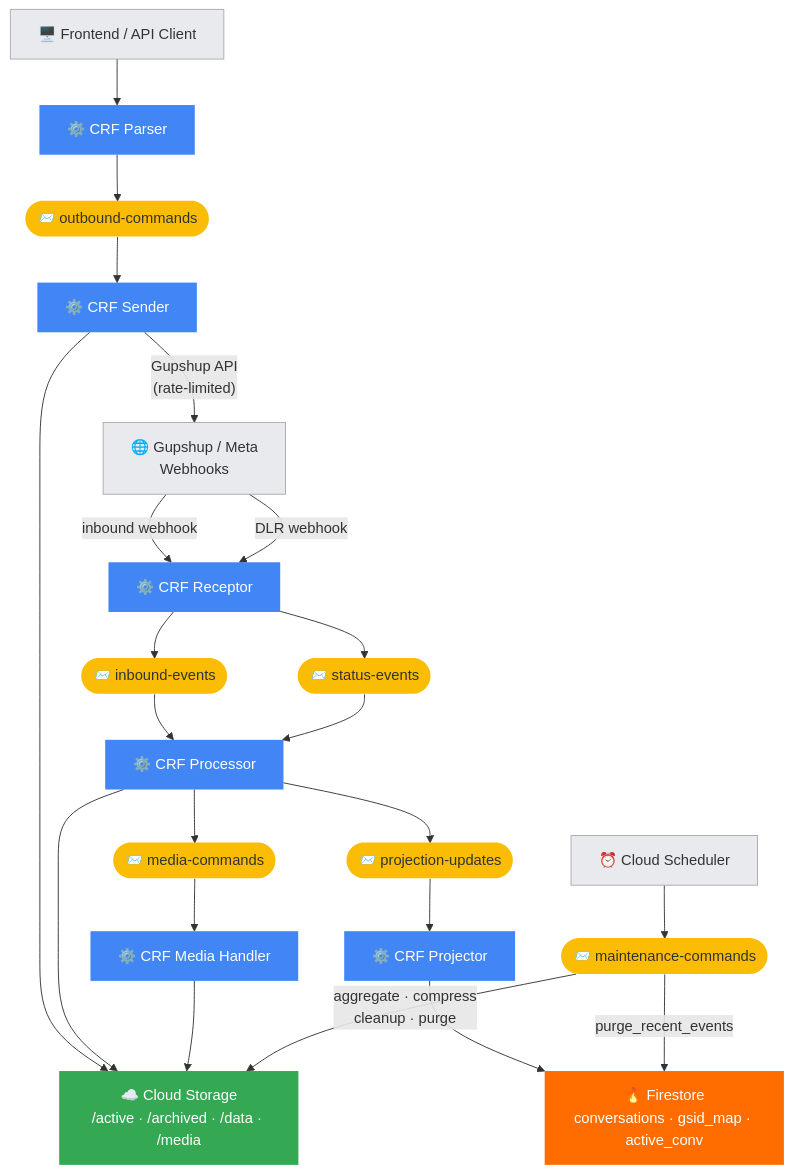
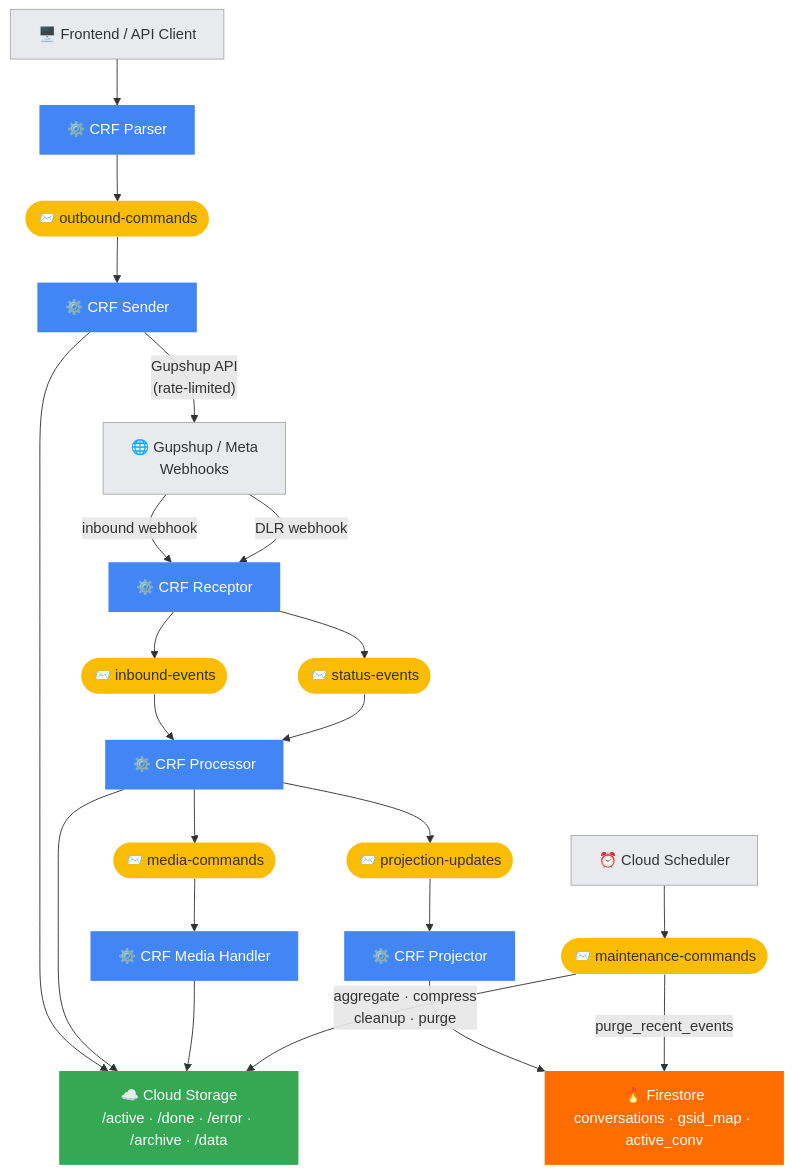
One commit to marioguaqueta/vitesse-message-pub-sub-service changed the seventh of 10 diagrams in vitesse_terraform_design.md. Above: the diagram before and after it, drawn with Mermaid. The commit also changed other lines of this file, not shown here.

````diff
--- a/vitesse_terraform_design.md
+++ b/vitesse_terraform_design.md
@@ -722,47 +759,47 @@
 ```mermaid
 flowchart TD
     classDef ext      fill:#E8EAED,color:#333,stroke:#aaa
     classDef crf      fill:#4285F4,color:#fff,stroke:none
     classDef topic    fill:#FBBC04,color:#333,stroke:none
     classDef store    fill:#34A853,color:#fff,stroke:none
     classDef firestore fill:#FF6D00,color:#fff,stroke:none
 
     FE["🖥️ Frontend / API Client"]:::ext
     GUPSHUP["🌐 Gupshup / Meta\nWebhooks"]:::ext
     SCHEDULER["⏰ Cloud Scheduler"]:::ext
 
     PARSER["⚙️ CRF Parser"]:::crf
     RECEPTOR["⚙️ CRF Receptor"]:::crf
     SENDER["⚙️ CRF Sender"]:::crf
     PROCESSOR["⚙️ CRF Processor"]:::crf
     PROJECTOR["⚙️ CRF Projector"]:::crf
     MEDIA["⚙️ CRF Media Handler"]:::crf
 
     OC(["📨 outbound-commands"]):::topic
     IE(["📨 inbound-events"]):::topic
     SE(["📨 status-events"]):::topic
     PU(["📨 projection-updates"]):::topic
     MC(["📨 maintenance-commands"]):::topic
     MED(["📨 media-commands"]):::topic
 
-    GCS["☁️ Cloud Storage\n/active · /archived · /data · /media"]:::store
+    GCS["☁️ Cloud Storage\n/active · /done · /error · /archive · /data"]:::store
     FS["🔥 Firestore\nconversations · gsid_map · active_conv"]:::firestore
 
     FE --> PARSER
     PARSER --> OC --> SENDER -->|"Gupshup API\n(rate-limited)"| GUPSHUP
     SENDER --> GCS
 
     GUPSHUP -->|inbound webhook| RECEPTOR
     RECEPTOR --> IE --> PROCESSOR
     PROCESSOR --> GCS
     PROCESSOR --> PU --> PROJECTOR --> FS
 
     GUPSHUP -->|DLR webhook| RECEPTOR
     RECEPTOR --> SE --> PROCESSOR
 
     PROCESSOR --> MED --> MEDIA --> GCS
 
     SCHEDULER --> MC
     MC -->|aggregate · compress\ncleanup · purge| GCS
     MC -->|purge_recent_events| FS
 ```
````
